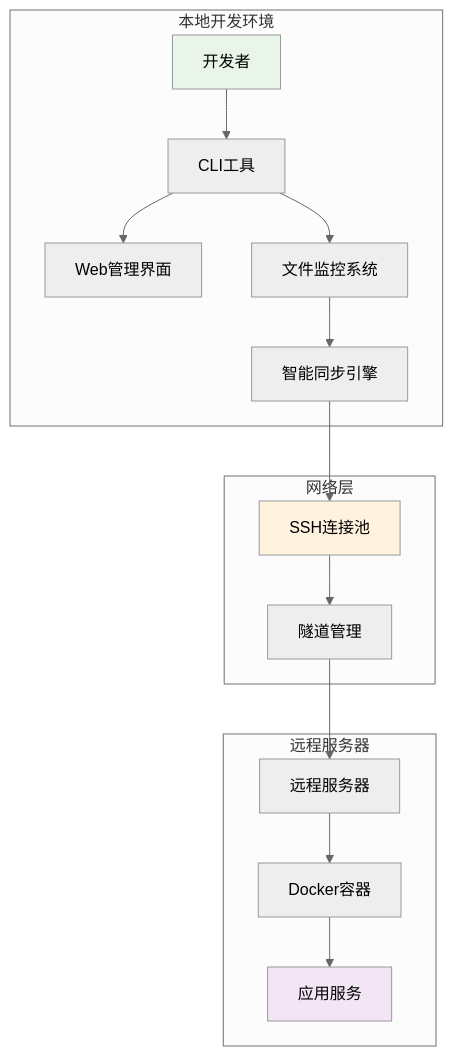
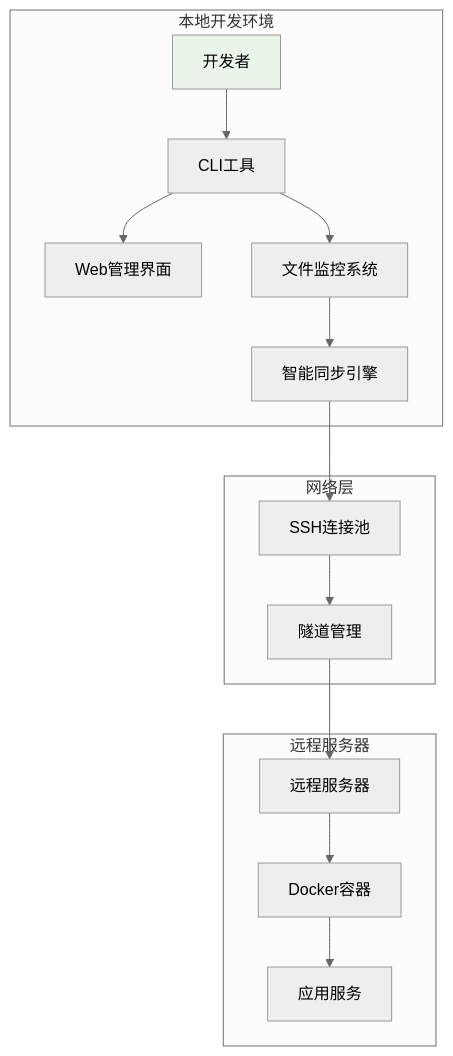
The diagram in README.md (Zhang-Jingdian/remote-dev), drawn with Mermaid (neutral theme) before and after one commit. The commit also changed other lines of this file and 27 other files, not shown here.

````diff
--- a/README.md
+++ b/README.md
@@ -59,30 +63,28 @@
 ```mermaid
 graph TB
     subgraph "本地开发环境"
         A[开发者] --> B[CLI工具]
         B --> C[Web管理界面]
         B --> E[文件监控系统]
         E --> F[智能同步引擎]
     end
     
     subgraph "网络层"
         G[SSH连接池]
         H[隧道管理]
     end
     
     subgraph "远程服务器"
         J[远程服务器]
         M[Docker容器]
         N[应用服务]
     end
     
     F --> G
     G --> H
     H --> J
     J --> M
     M --> N
     
     style A fill:#e8f5e8
-    style N fill:#f3e5f5
-    style G fill:#fff3e0
 ```
````
